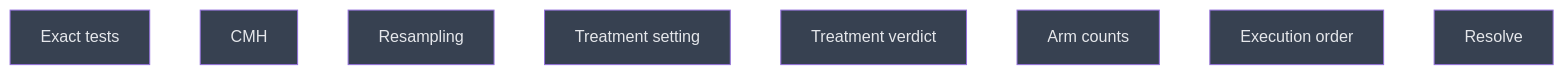
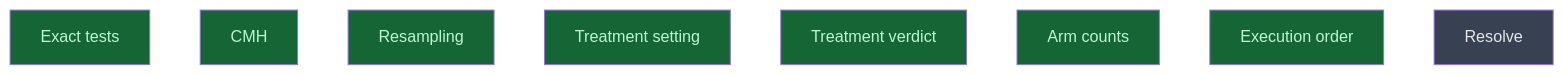
One commit to CrackingShells/Candler changed the diagram in __roadmap__/m6a-paired-stats/README.md. Above: the diagram before and after it, drawn with Mermaid. The commit also changed other lines of this file and 9 other files, not shown here.

````diff
--- a/__roadmap__/m6a-paired-stats/README.md
+++ b/__roadmap__/m6a-paired-stats/README.md
@@ -78,16 +78,16 @@
 ```mermaid
 graph TD
-    exact_tests[Exact tests]:::planned
-    cmh[CMH]:::planned
-    resampling[Resampling]:::planned
-    treatment_setting[Treatment setting]:::planned
-    treatment_verdict[Treatment verdict]:::planned
-    arm_counts[Arm counts]:::planned
-    execution_order[Execution order]:::planned
+    exact_tests[Exact tests]:::done
+    cmh[CMH]:::done
+    resampling[Resampling]:::done
+    treatment_setting[Treatment setting]:::done
+    treatment_verdict[Treatment verdict]:::done
+    arm_counts[Arm counts]:::done
+    execution_order[Execution order]:::done
     resolve[Resolve]:::planned
     classDef done       fill:#166534,color:#bbf7d0
     classDef inprogress fill:#854d0e,color:#fef08a
     classDef planned    fill:#374151,color:#e5e7eb
     classDef amendment  fill:#1e3a5f,color:#bfdbfe
     classDef blocked    fill:#7f1d1d,color:#fecaca
 ```
````
